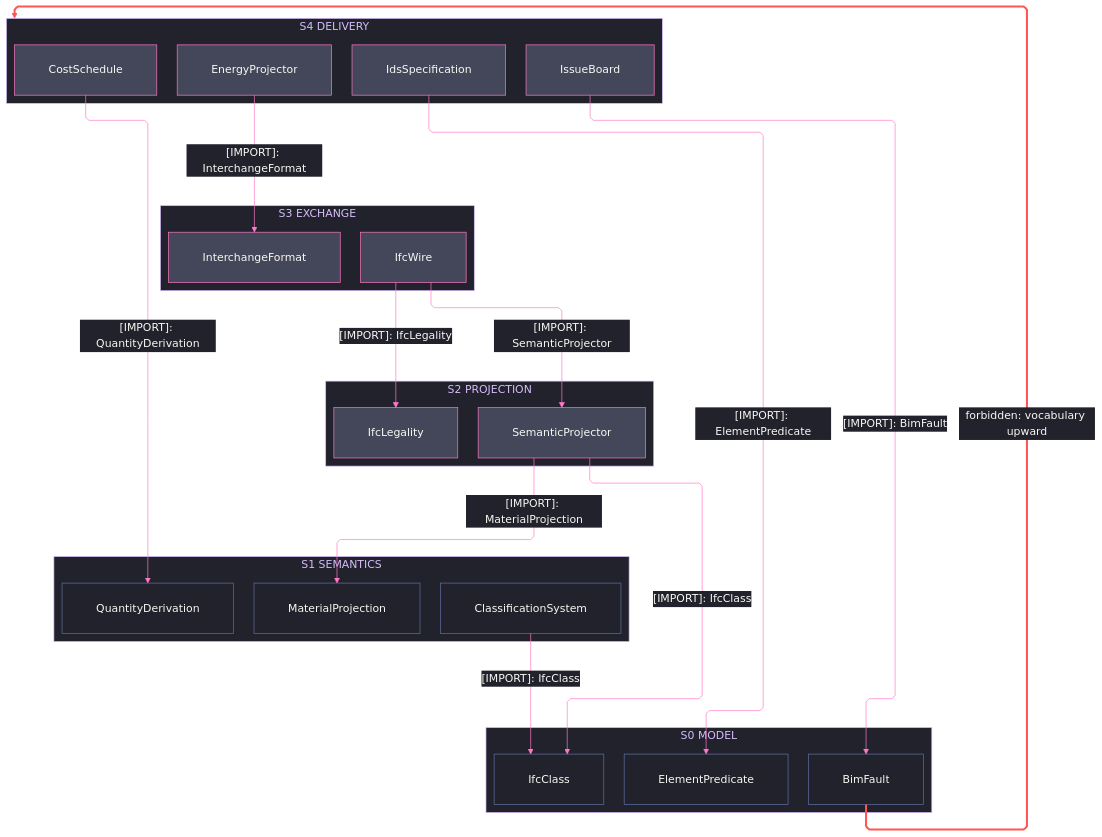
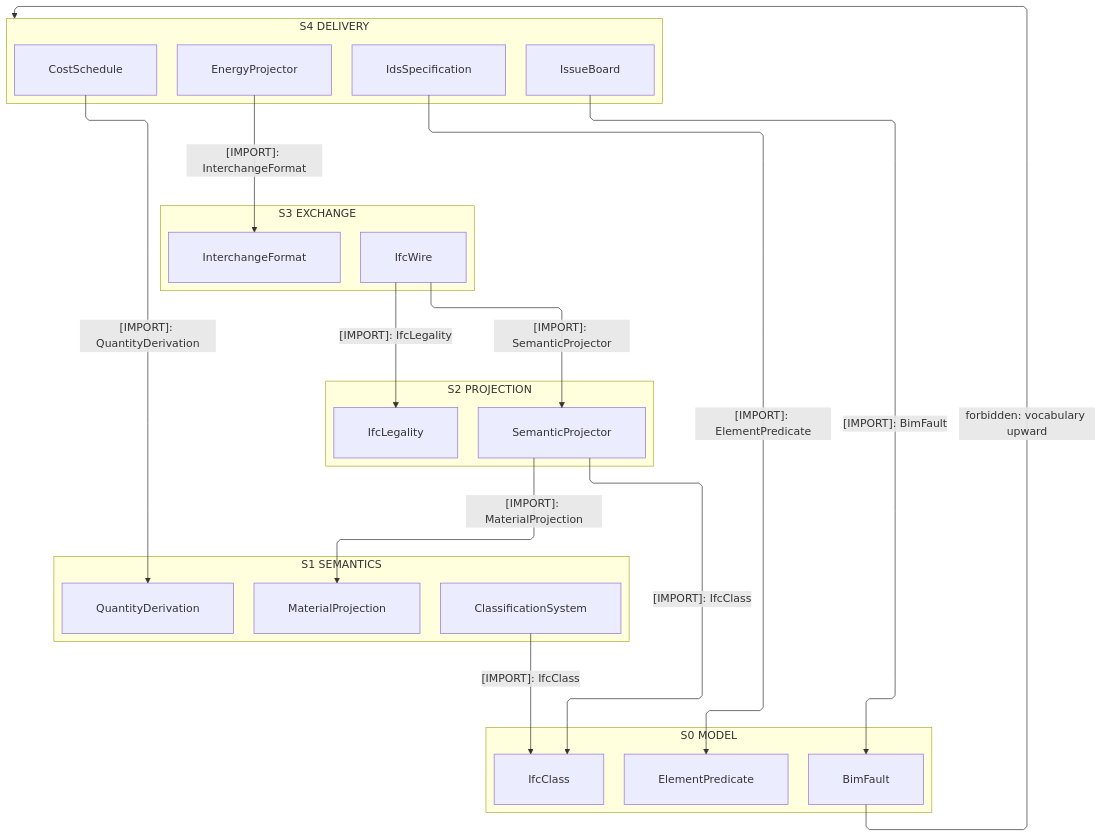
The first of 3 diagrams in libs/csharp/Rasm.Bim/ARCHITECTURE.md (bsamiee/Rasm), drawn with Mermaid before and after one commit. The commit also changed other lines of this file and 460 other files, not shown here.

````diff
--- a/libs/csharp/Rasm.Bim/ARCHITECTURE.md
+++ b/libs/csharp/Rasm.Bim/ARCHITECTURE.md
@@ -63,73 +63,46 @@
 ```mermaid
 ---
 config:
-  theme: base
-  look: classic
   layout: elk
   flowchart:
     curve: linear
     padding: 25
-  themeVariables:
-    darkMode: true
-    fontFamily: "SF Mono, Menlo, Cascadia Mono, Segoe UI Mono, Consolas, monospace"
-    useGradient: false
-    dropShadow: "none"
-    background: "#282A36"
-    primaryColor: "#44475A"
-    primaryTextColor: "#F8F8F2"
-    primaryBorderColor: "#BD93F9"
-    lineColor: "#FF79C6"
-    textColor: "#F8F8F2"
-    clusterBkg: "#21222C"
-    clusterBorder: "#D6BCFA"
-    edgeLabelBackground: "#21222C"
-    labelBackgroundColor: "#21222C"
-    titleColor: "#D6BCFA"
-  themeCSS: ".nodeLabel{font-size:13px;font-weight:500}.edgeLabel{font-size:12px;font-weight:500}.cluster-label .nodeLabel{font-size:13.5px;font-weight:700;letter-spacing:.08em}.edge-thickness-normal{stroke-width:2px}.edge-thickness-thick{stroke-width:3px}.edge-pattern-dashed,.edge-pattern-dotted{stroke-width:1.5px;stroke-dasharray:4 6}.node rect,.node circle,.node polygon,.node path,.node .outer-path{stroke-width:1.5px;filter:none!important}.cluster rect{stroke-width:1px!important;stroke-dasharray:5 4!important;filter:none!important}.marker path{transform:scale(.8);transform-origin:5px 5px}.marker circle{transform:scale(.48);transform-origin:5px 5px}.edgeLabel rect{transform-box:fill-box;transform-origin:center;transform:scale(1.1,1.2)}"
 ---
 flowchart TB
     accTitle: Rasm.Bim interior strata
-    accDescr: Five stacked strata from the energy, review, and planning delivery tier through the interchange codec and the projection arm onto the semantic enrichment and the model vocabulary, every consumption edge downward and solid naming one sourced type, and one forbidden upward edge styled red.
+    accDescr: Stacked strata from the energy, review, and planning delivery tier through the interchange codec and the projection arm onto the semantic enrichment and the model vocabulary, every consumption edge downward and solid naming one sourced type, and one forbidden upward edge named as such.
     subgraph L4["S4 DELIVERY"]
         EnergyProjector[EnergyProjector]
         Ids[IdsSpecification]
         Cost[CostSchedule]
         Board[IssueBoard]
     end
     subgraph L3["S3 EXCHANGE"]
         Format[InterchangeFormat]
         Wire[IfcWire]
     end
     subgraph L2["S2 PROJECTION"]
         Projector[SemanticProjector]
         Legality[IfcLegality]
     end
     subgraph L1["S1 SEMANTICS"]
         Material[MaterialProjection]
         Quantity[QuantityDerivation]
         Axis[ClassificationSystem]
     end
     subgraph L0["S0 MODEL"]
         Fault[BimFault]
         Predicate[ElementPredicate]
         Class[IfcClass]
     end
-    EnergyProjector e1@-->|"[IMPORT]: InterchangeFormat"| Format
-    Ids e2@-->|"[IMPORT]: ElementPredicate"| Predicate
-    Cost e3@-->|"[IMPORT]: QuantityDerivation"| Quantity
-    Board e4@-->|"[IMPORT]: BimFault"| Fault
-    Wire e5@-->|"[IMPORT]: SemanticProjector"| Projector
-    Wire e6@-->|"[IMPORT]: IfcLegality"| Legality
-    Projector e7@-->|"[IMPORT]: MaterialProjection"| Material
-    Projector e8@-->|"[IMPORT]: IfcClass"| Class
-    Axis e9@-->|"[IMPORT]: IfcClass"| Class
-    Fault f1@-->|"forbidden: vocabulary upward"| L4
-    classDef primary fill:#44475A,stroke:#FF79C6,color:#F8F8F2
-    classDef recessed fill:#21222C,stroke:#6272A4,color:#F8F8F2
-    classDef edgeControl stroke:#FF79C6,color:#F8F8F2
-    classDef edgeError stroke:#FF5555,stroke-width:3px,color:#F8F8F2
-    class EnergyProjector,Ids,Cost,Board,Format,Wire,Projector,Legality primary
-    class Material,Quantity,Axis,Fault,Predicate,Class recessed
-    class e1,e2,e3,e4,e5,e6,e7,e8,e9 edgeControl
-    class f1 edgeError
+    EnergyProjector -->|"[IMPORT]: InterchangeFormat"| Format
+    Ids -->|"[IMPORT]: ElementPredicate"| Predicate
+    Cost -->|"[IMPORT]: QuantityDerivation"| Quantity
+    Board -->|"[IMPORT]: BimFault"| Fault
+    Wire -->|"[IMPORT]: SemanticProjector"| Projector
+    Wire -->|"[IMPORT]: IfcLegality"| Legality
+    Projector -->|"[IMPORT]: MaterialProjection"| Material
+    Projector -->|"[IMPORT]: IfcClass"| Class
+    Axis -->|"[IMPORT]: IfcClass"| Class
+    Fault -->|"forbidden: vocabulary upward"| L4
 ```
````
